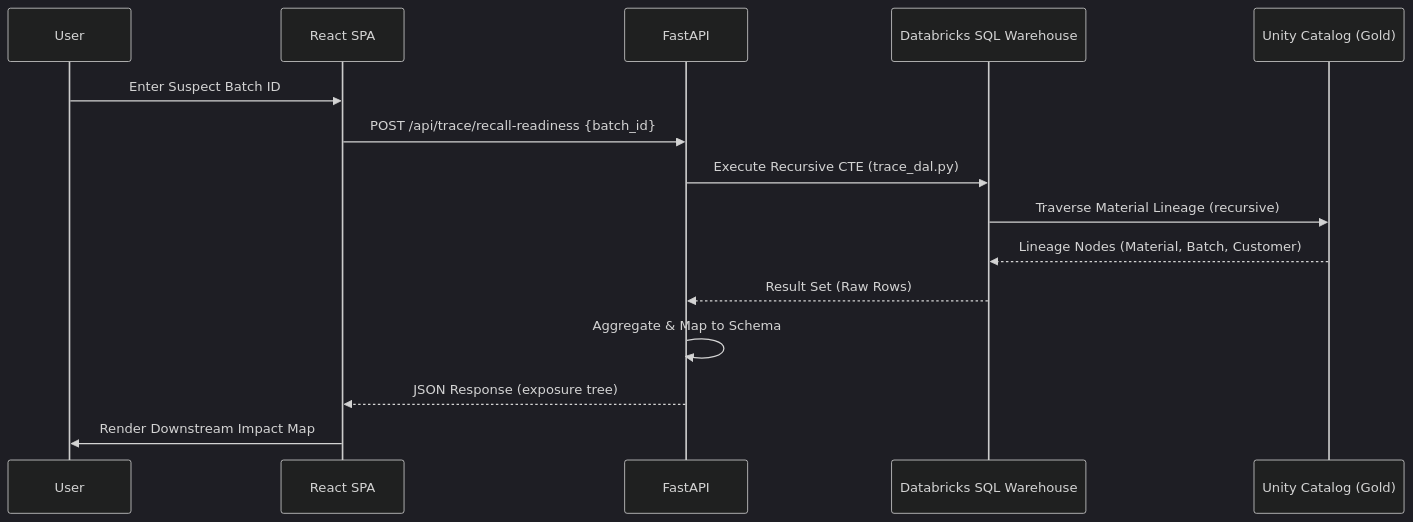
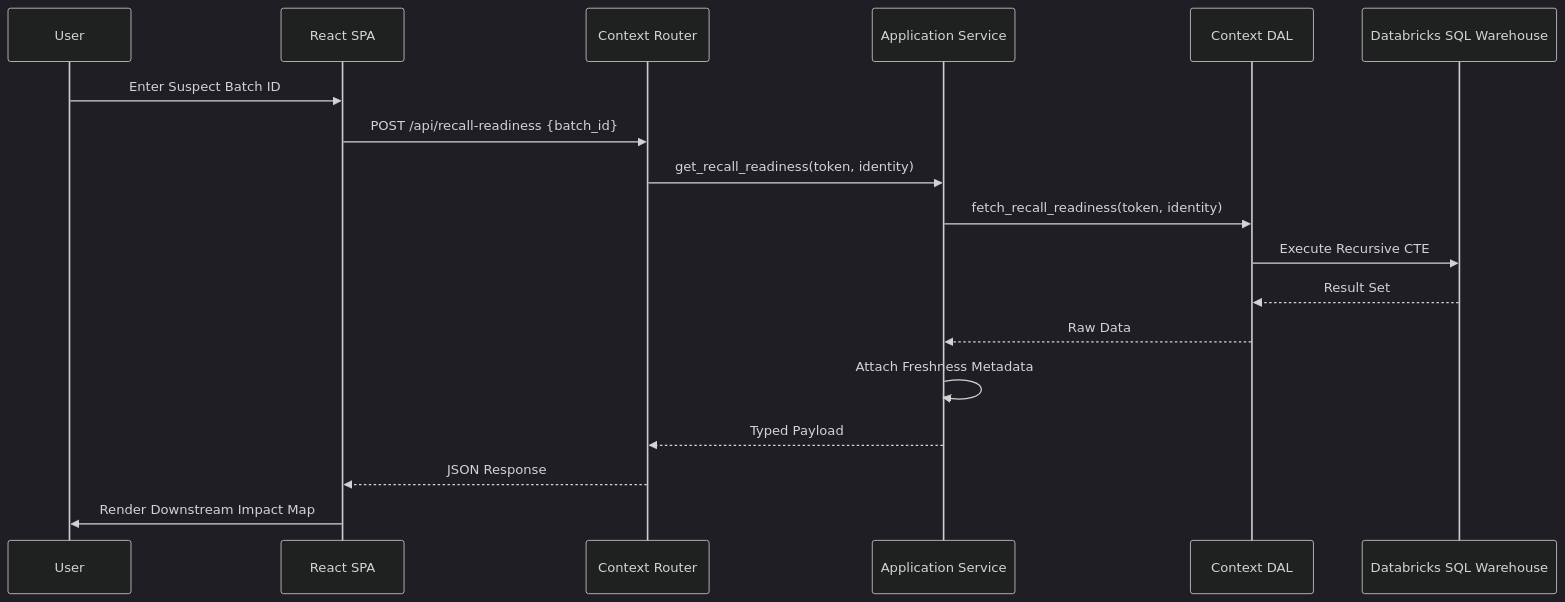
One commit to timgeldard/ConnectIO-RAD changed the diagram in apps/trace2/docs/architecture.md. Above: the diagram before and after it, drawn with Mermaid (dark theme). The commit also changed other lines of this file and 59 other files, not shown here.

````diff
--- a/apps/trace2/docs/architecture.md
+++ b/apps/trace2/docs/architecture.md
@@ -37,18 +44,21 @@
 ```mermaid
 sequenceDiagram
     participant User
     participant Frontend as React SPA
-    participant Backend as FastAPI
+    participant Router as Context Router
+    participant App as Application Service
+    participant DAL as Context DAL
     participant SQLW as Databricks SQL Warehouse
-    participant UC as Unity Catalog (Gold)
 
     User->>Frontend: Enter Suspect Batch ID
-    Frontend->>Backend: POST /api/trace/recall-readiness {batch_id}
-    Backend->>SQLW: Execute Recursive CTE (trace_dal.py)
-    SQLW->>UC: Traverse Material Lineage (recursive)
-    UC-->>SQLW: Lineage Nodes (Material, Batch, Customer)
-    SQLW-->>Backend: Result Set (Raw Rows)
-    Backend->>Backend: Aggregate & Map to Schema
-    Backend-->>Frontend: JSON Response (exposure tree)
+    Frontend->>Router: POST /api/recall-readiness {batch_id}
+    Router->>App: get_recall_readiness(token, identity)
+    App->>DAL: fetch_recall_readiness(token, identity)
+    DAL->>SQLW: Execute Recursive CTE
+    SQLW-->>DAL: Result Set
+    DAL-->>App: Raw Data
+    App->>App: Attach Freshness Metadata
+    App-->>Router: Typed Payload
+    Router-->>Frontend: JSON Response
     Frontend->>User: Render Downstream Impact Map
 ```
````
